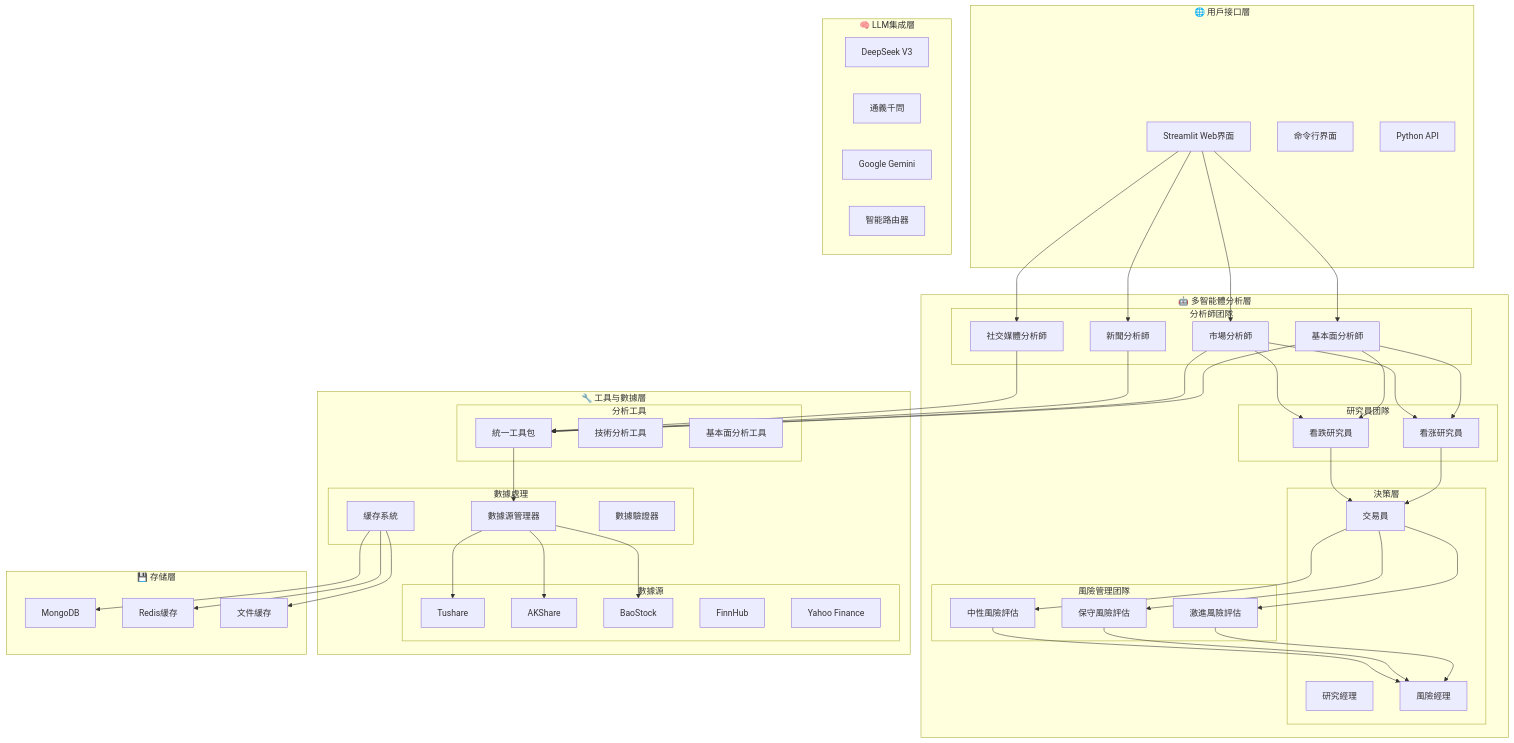
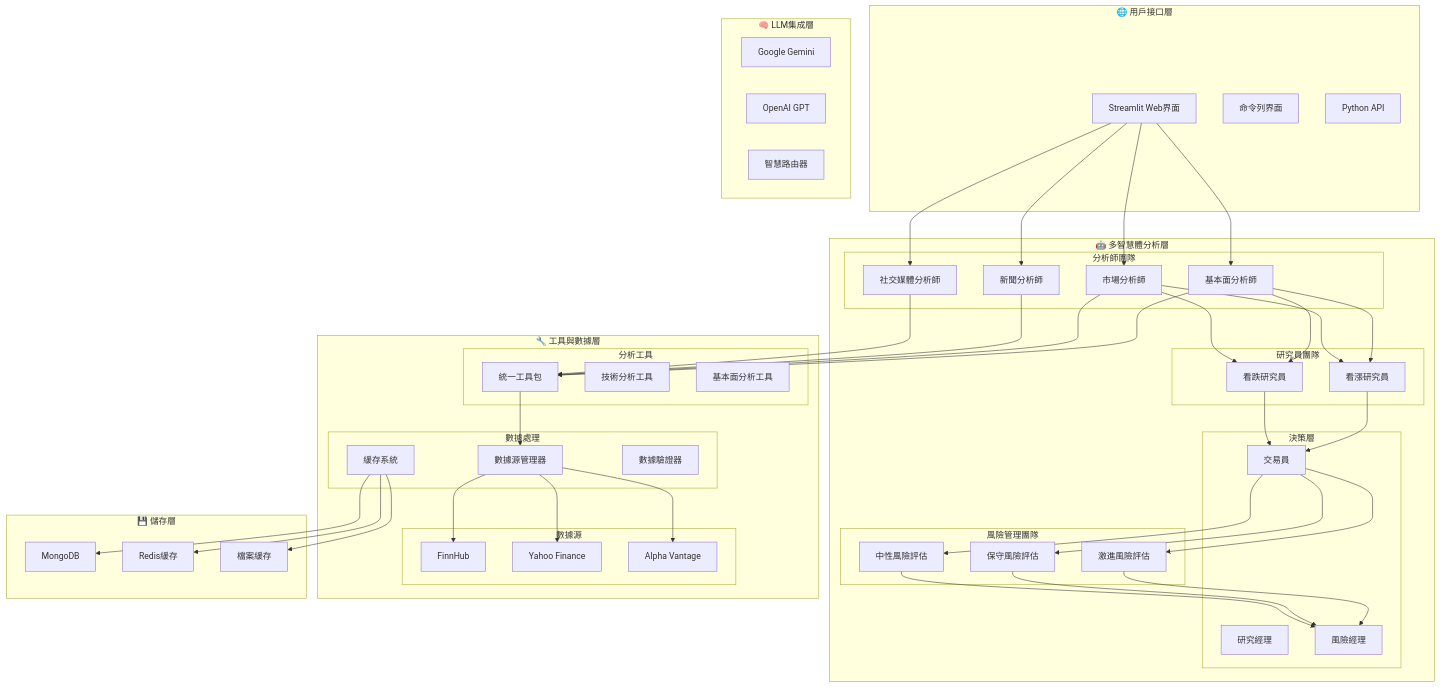
One commit to aiinpocket/TradingAgents-CN changed the first of 5 diagrams in docs/design/stock_analysis_system_design.md. Above: the diagram before and after it, drawn with Mermaid. The commit also changed other lines of this file and 277 other files, not shown here.

```diff
--- a/docs/design/stock_analysis_system_design.md
+++ b/docs/design/stock_analysis_system_design.md
@@ -32,36 +32,35 @@
 graph TB
     subgraph "🌐 用戶接口層"
         WEB[Streamlit Web界面]
-        CLI[命令行界面]
+        CLI[命令列界面]
         API[Python API]
     end
 
     subgraph "🧠 LLM集成層"
-        DEEPSEEK[DeepSeek V3]
-        QWEN[通義千問]
         GEMINI[Google Gemini]
-        ROUTER[智能路由器]
+        OPENAI[OpenAI GPT]
+        ROUTER[智慧路由器]
     end
 
-    subgraph "🤖 多智能體分析層"
-        subgraph "分析師团隊"
+    subgraph "🤖 多智慧體分析層"
+        subgraph "分析師團隊"
             FA[基本面分析師]
             MA[市場分析師]
             NA[新聞分析師]
             SA[社交媒體分析師]
         end
-        
-        subgraph "研究員团隊"
-            BR[看涨研究員]
+
+        subgraph "研究員團隊"
+            BR[看漲研究員]
             BEAR[看跌研究員]
         end
-        
-        subgraph "風險管理团隊"
+
+        subgraph "風險管理團隊"
             AGG[激進風險評估]
             CON[保守風險評估]
             NEU[中性風險評估]
         end
-        
+
         subgraph "決策層"
             TRADER[交易員]
             RM[研究經理]
@@ -69,21 +68,19 @@
         end
     end
 
-    subgraph "🔧 工具与數據層"
+    subgraph "🔧 工具與數據層"
         subgraph "數據源"
-            TUSHARE[Tushare]
-            AKSHARE[AKShare]
-            BAOSTOCK[BaoStock]
             FINNHUB[FinnHub]
             YFINANCE[Yahoo Finance]
+            ALPHA[Alpha Vantage]
         end
-        
+
         subgraph "數據處理"
             DSM[數據源管理器]
             CACHE[緩存系統]
             VALIDATOR[數據驗證器]
         end
-        
+
         subgraph "分析工具"
             TOOLKIT[統一工具包]
             TECH[技術分析工具]
@@ -91,43 +88,43 @@
         end
     end
 
-    subgraph "💾 存储層"
+    subgraph "💾 儲存層"
         MONGO[MongoDB]
         REDIS[Redis緩存]
-        FILE[文件緩存]
+        FILE[檔案緩存]
     end
 
     WEB --> FA
     WEB --> MA
     WEB --> NA
     WEB --> SA
-    
+
     FA --> TOOLKIT
     MA --> TOOLKIT
     NA --> TOOLKIT
     SA --> TOOLKIT
-    
+
     TOOLKIT --> DSM
-    DSM --> TUSHARE
-    DSM --> AKSHARE
-    DSM --> BAOSTOCK
-    
+    DSM --> FINNHUB
+    DSM --> YFINANCE
+    DSM --> ALPHA
+
     FA --> BR
     FA --> BEAR
     MA --> BR
     MA --> BEAR
-    
+
     BR --> TRADER
     BEAR --> TRADER
-    
+
     TRADER --> AGG
     TRADER --> CON
     TRADER --> NEU
-    
+
     AGG --> RISKM
     CON --> RISKM
     NEU --> RISKM
-    
+
     CACHE --> MONGO
     CACHE --> REDIS
     CACHE --> FILE
```
